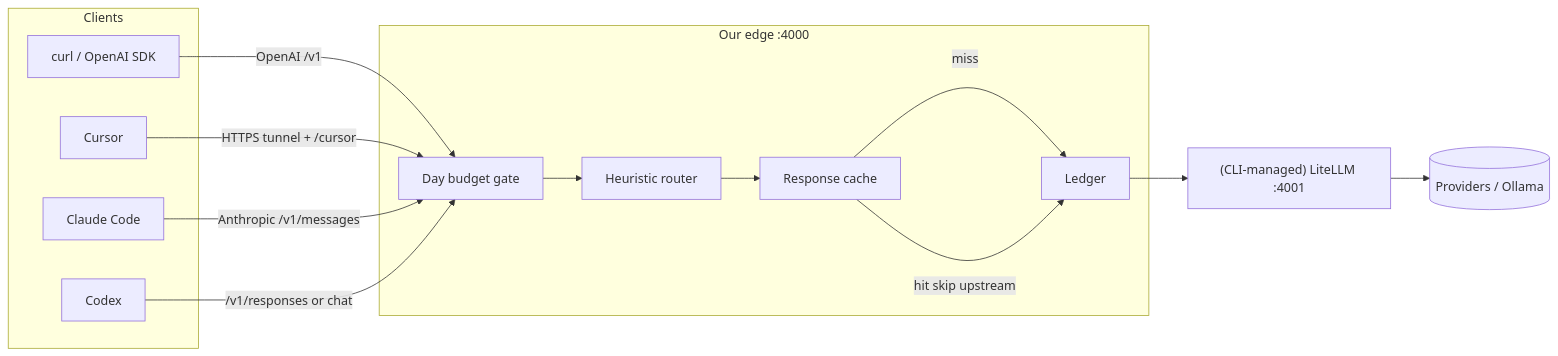
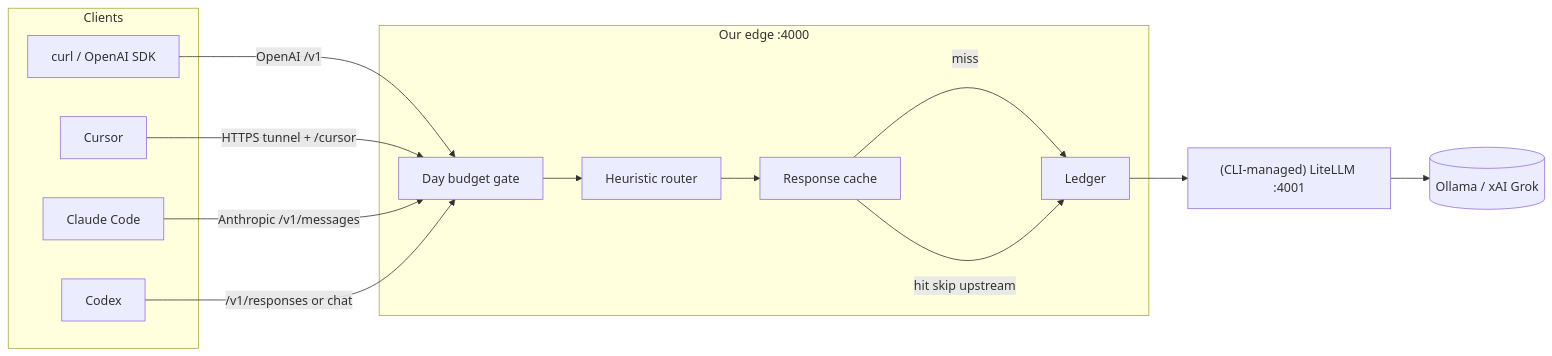
The diagram in docs/architecture.md (sarjeet2013/harbor-ai-gateway), drawn with Mermaid before and after one commit. The commit also changed other lines of this file and 10 other files, not shown here.

First line of the commit message:
feat: hybrid pools — Ollama cheap + Grok (xAI) expensive

````diff
--- a/docs/architecture.md
+++ b/docs/architecture.md
@@ -42,28 +43,28 @@
 ```mermaid
 flowchart LR
   subgraph clients [Clients]
     CURL[curl / OpenAI SDK]
     CURSOR[Cursor]
     CC[Claude Code]
     CODEX[Codex]
   end
 
   subgraph edge [Our edge :4000]
     BUDGET[Day budget gate]
     ROUTER[Heuristic router]
     CACHE[Response cache]
     LEDGER[Ledger]
   end
 
   LITELLM["(CLI-managed) LiteLLM :4001"]
-  UP[(Providers / Ollama)]
+  UP[(Ollama / xAI Grok)]
 
   CURL -->|OpenAI /v1| BUDGET
   CURSOR -->|HTTPS tunnel + /cursor| BUDGET
   CC -->|Anthropic /v1/messages| BUDGET
   CODEX -->|/v1/responses or chat| BUDGET
 
   BUDGET --> ROUTER --> CACHE
   CACHE -->|miss| LEDGER --> LITELLM --> UP
   CACHE -->|hit skip upstream| LEDGER
 ```
````
